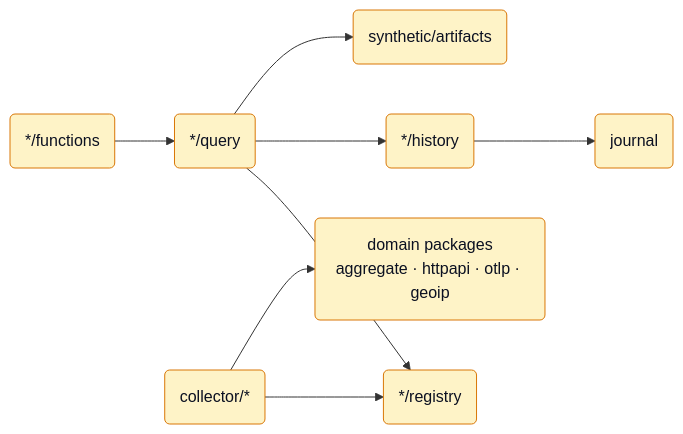
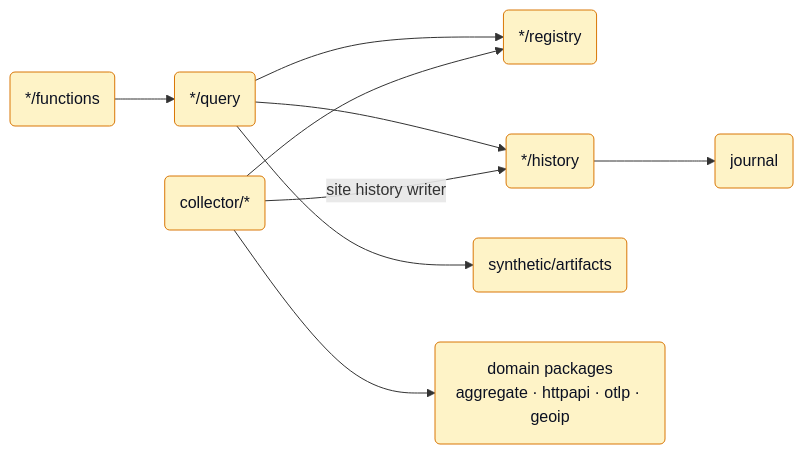
Before and after one commit to netdata/netdata: the sixth of 7 diagrams in src/go/plugin/dem/ARCHITECTURE.md, drawn with Mermaid. The commit also changed other lines of this file, not shown here.

First line of the commit message:
docs(dem): clarify architecture guide details found in review

````diff
--- a/src/go/plugin/dem/ARCHITECTURE.md
+++ b/src/go/plugin/dem/ARCHITECTURE.md
@@ -429,13 +431,14 @@
 ```mermaid
 flowchart LR
     Fn("*/functions") --> Q("*/query")
     Q --> Reg("*/registry")
     Q --> H("*/history")
     Q --> A("synthetic/artifacts")
     H --> J("journal")
     Col("collector/*") --> Reg
+    Col -->|"site history writer"| H
     Col --> Dom("domain packages<br/>aggregate · httpapi · otlp · geoip")
 
     classDef pkg fill:#fef3c7,stroke:#d97706,color:#0b1021;
     class Fn,Q,Reg,H,A,J,Col,Dom pkg;
 ```
````
